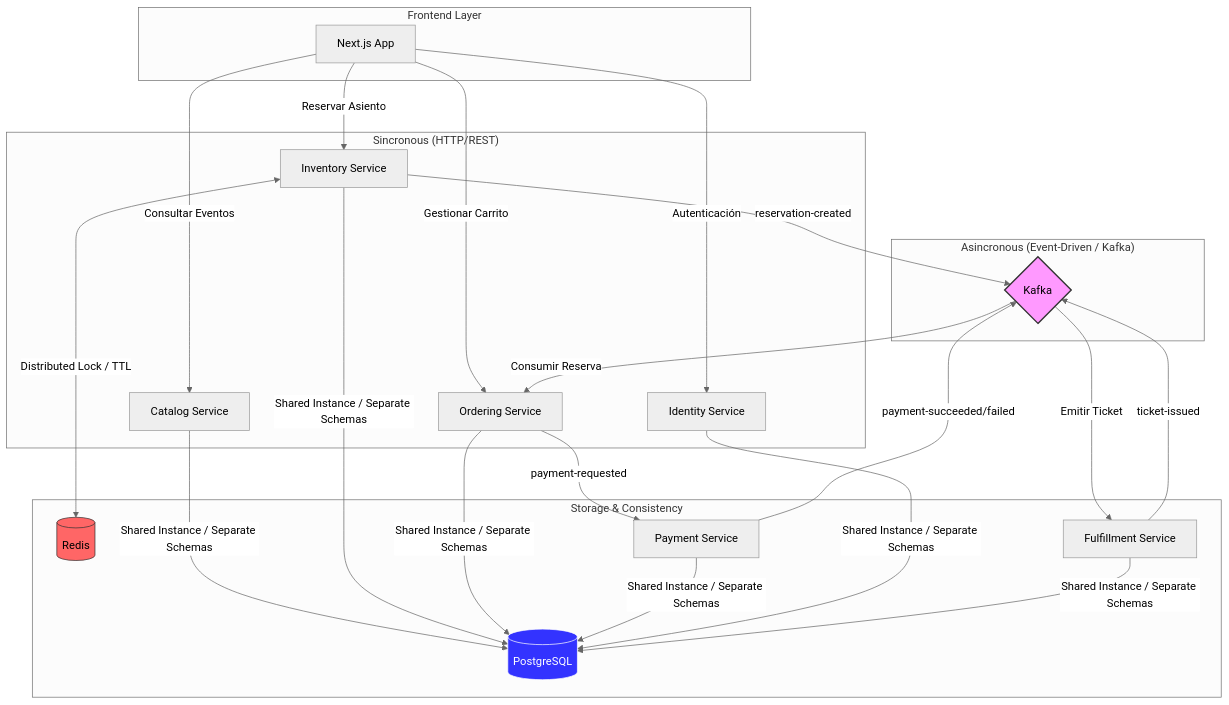
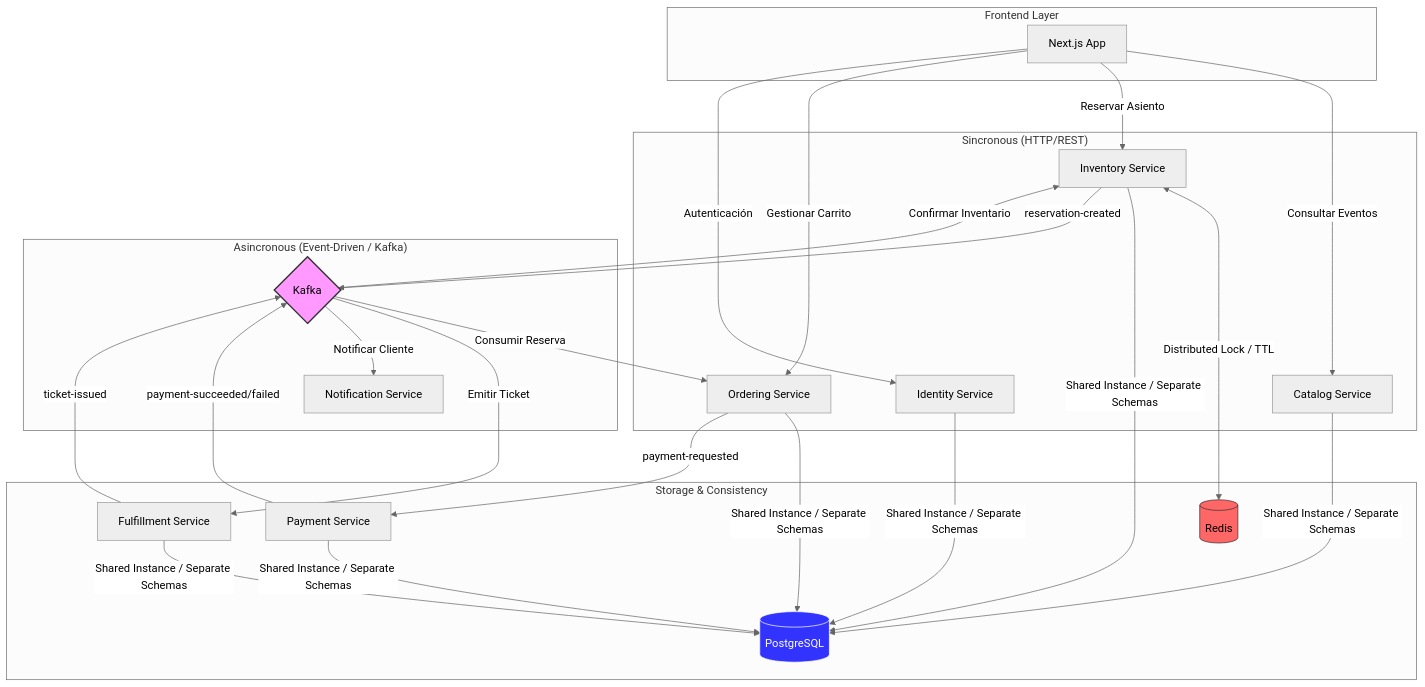
Before and after one commit to JostinAlvaradoS/ticketing_project_week0: the diagram in README.md, drawn with Mermaid (neutral theme). The commit also changed 4 other files, not shown here.

````diff
--- a/README.md
+++ b/README.md
@@ -15,31 +15,33 @@
 ```mermaid
 graph TD
     subgraph "Frontend Layer"
         Next[Next.js App]
     end
 
     subgraph "Sincronous (HTTP/REST)"
         Next -->|Consultar Eventos| Catalog[Catalog Service]
         Next -->|Reservar Asiento| Inventory[Inventory Service]
         Next -->|Gestionar Carrito| Ordering[Ordering Service]
         Next -->|Autenticación| Identity[Identity Service]
     end
 
     subgraph "Storage & Consistency"
         Inventory <-->|Distributed Lock / TTL| Redis[(Redis)]
         Catalog & Inventory & Ordering & Payment & Identity & Fulfillment -->|Shared Instance / Separate Schemas| PG[(PostgreSQL)]
     end
 
     subgraph "Asincronous (Event-Driven / Kafka)"
         Inventory -->|reservation-created| Kafka{Kafka}
         Kafka -->|Consumir Reserva| Ordering
         Ordering -->|payment-requested| Payment[Payment Service]
         Payment -->|payment-succeeded/failed| Kafka
         Kafka -->|Emitir Ticket| Fulfillment[Fulfillment Service]
         Fulfillment -->|ticket-issued| Kafka
+        Kafka -->|Notificar Cliente| Notification[Notification Service]
+        Kafka -->|Confirmar Inventario| Inventory
     end
 
     style Kafka fill:#f9f,stroke:#333,stroke-width:2px
     style Redis fill:#f66,stroke:#333
     style PG fill:#33f,stroke:#fff,color:#fff
 ```
````
